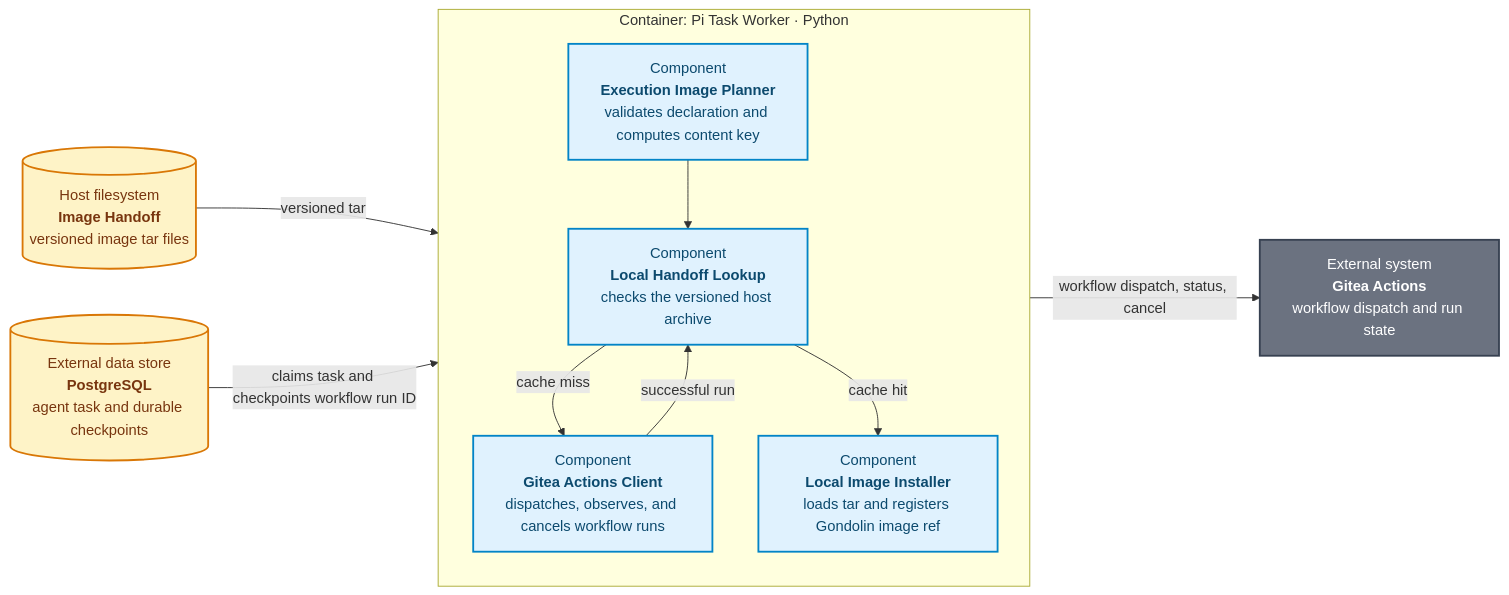
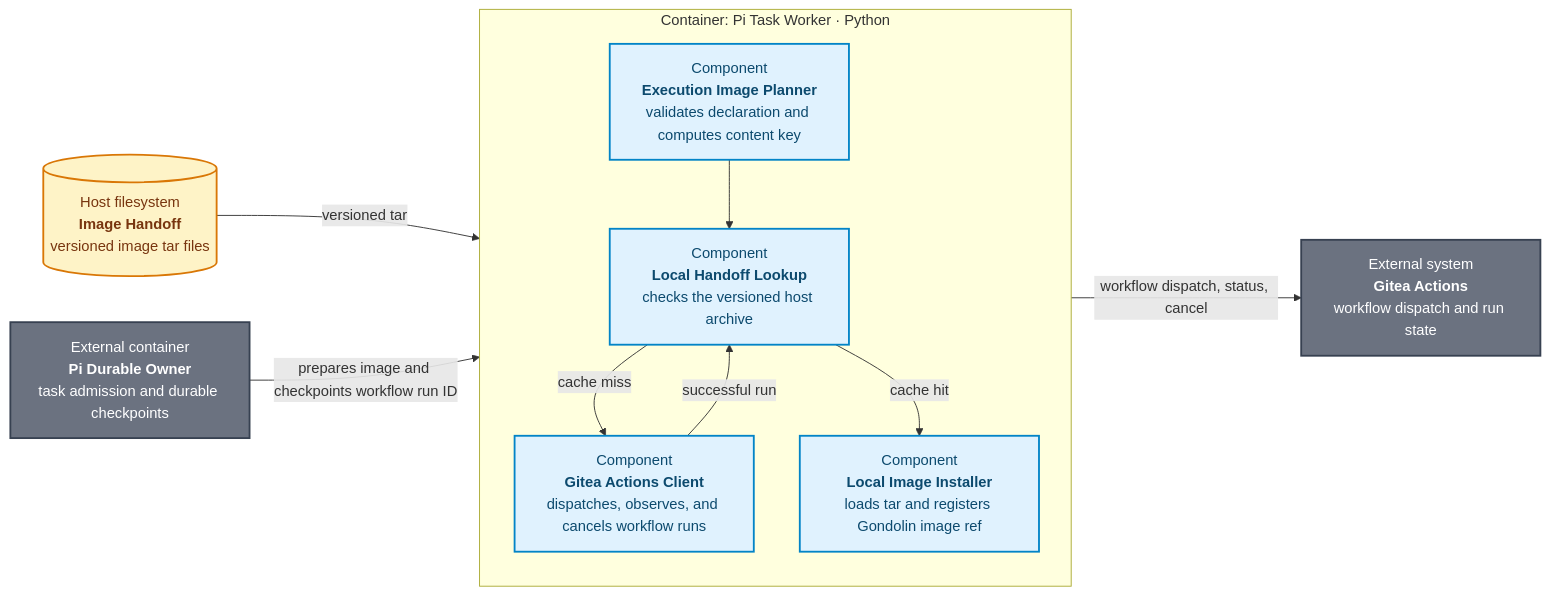
The diagram in products/voice-agent/docs/architecture/c3-image-build-worker.mmd (ragavsathish/agent-workload-platform), drawn with Mermaid before and after one commit. The commit also changed 143 other files, not shown here.

Commit message:
Move voice tasks to native Pi Durable owner and expand knowledge workflows

```diff
--- a/products/voice-agent/docs/architecture/c3-image-build-worker.mmd
+++ b/products/voice-agent/docs/architecture/c3-image-build-worker.mmd
@@ -1,27 +1,28 @@
 flowchart LR
-    TASK[(External data store<br/><b>PostgreSQL</b><br/>agent task and durable checkpoints)]
+    TASK[External container<br/><b>Pi Durable Owner</b><br/>task admission and durable checkpoints]
     GITEA[External system<br/><b>Gitea Actions</b><br/>workflow dispatch and run state]
     HANDOFF[(Host filesystem<br/><b>Image Handoff</b><br/>versioned image tar files)]
 
     subgraph WORKER["Container: Pi Task Worker · Python"]
         direction TB
         PLAN["Component<br/><b>Execution Image Planner</b><br/>validates declaration and computes content key"]
         CACHE["Component<br/><b>Local Handoff Lookup</b><br/>checks the versioned host archive"]
         ACTIONS["Component<br/><b>Gitea Actions Client</b><br/>dispatches, observes, and cancels workflow runs"]
         INSTALL["Component<br/><b>Local Image Installer</b><br/>loads tar and registers Gondolin image ref"]
         PLAN --> CACHE
         CACHE -->|"cache miss"| ACTIONS
         CACHE -->|"cache hit"| INSTALL
         ACTIONS -->|"successful run"| CACHE
     end
 
-    TASK -->|"claims task and checkpoints workflow run ID"| WORKER
+    TASK -->|"prepares image and checkpoints workflow run ID"| WORKER
     ACTIONS -->|"workflow dispatch, status, cancel"| GITEA
     HANDOFF -->|"versioned tar"| INSTALL
 
     classDef component fill:#e0f2fe,color:#0c4a6e,stroke:#0284c7,stroke-width:2px;
     classDef external fill:#6b7280,color:#fff,stroke:#374151,stroke-width:2px;
     classDef data fill:#fef3c7,color:#78350f,stroke:#d97706,stroke-width:2px;
     class PLAN,CACHE,ACTIONS,INSTALL component;
     class GITEA external;
-    class TASK,HANDOFF data;
+    class TASK external;
+    class HANDOFF data;
```
